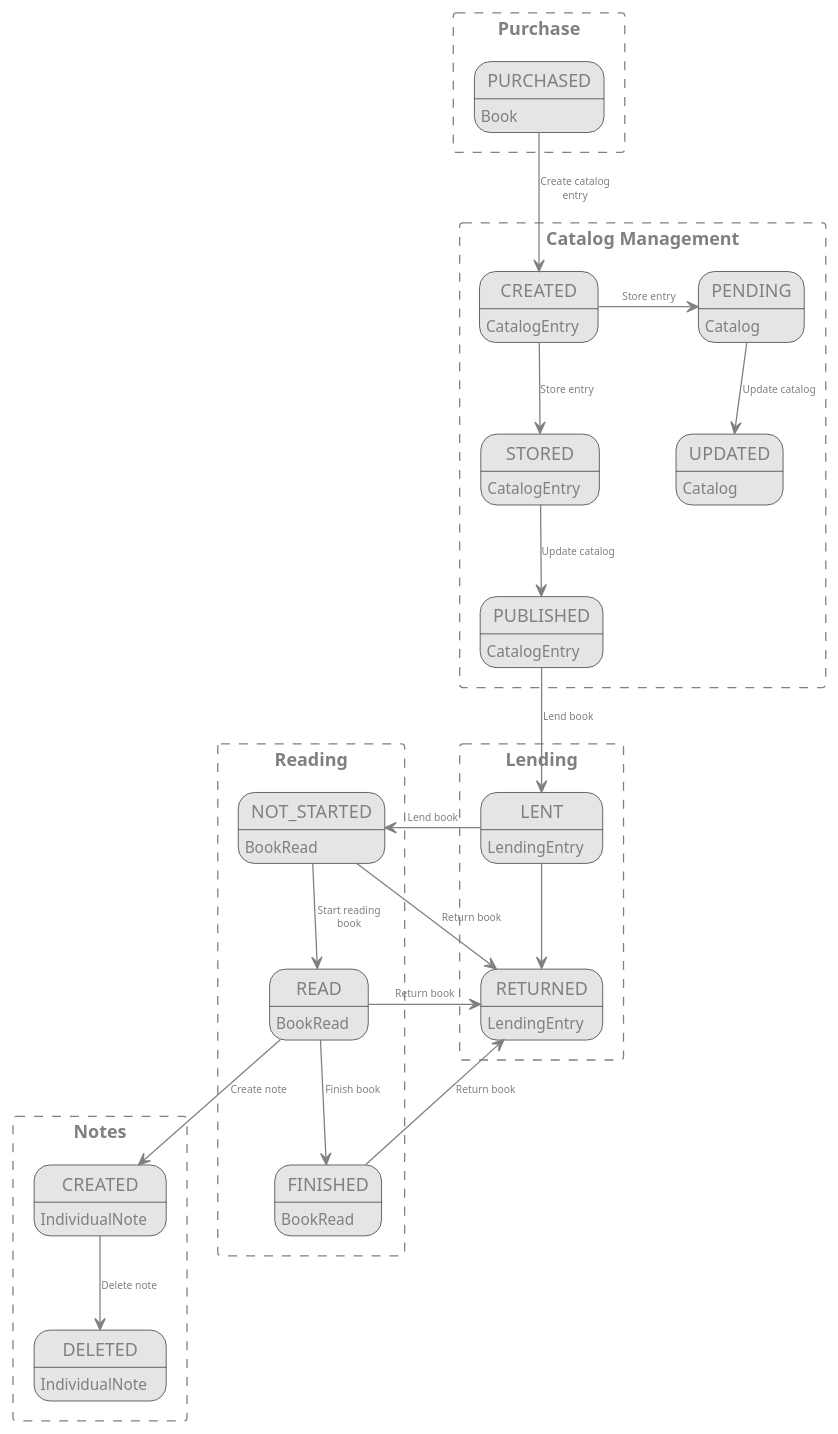
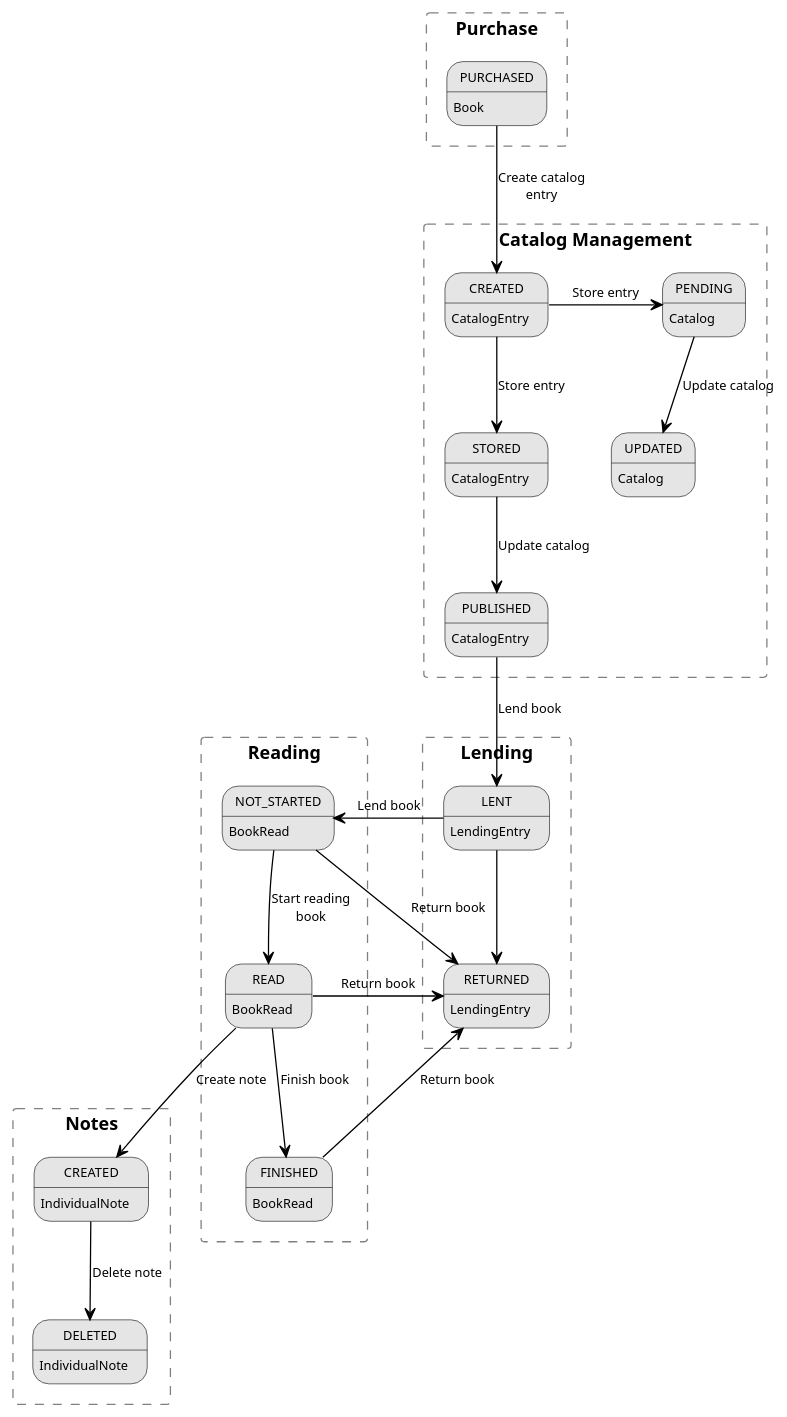
The diagram in TacticalDesign/Library/LibraryState.puml (Grinseteddy/MasteringDdd), drawn with PlantUML before and after one commit. The commit also changed 1 other file, not shown here.

```diff
--- a/TacticalDesign/Library/LibraryState.puml
+++ b/TacticalDesign/Library/LibraryState.puml
@@ -1,88 +1,89 @@
 @startuml
 'https://plantuml.com/state-diagram
 
 'skinparam linetype ortho
 'skinparam linetype polyline
 allowmixing
 
 skinparam state {
     backgroundcolor #E5e5e5
 
-    fontcolor grey
+    fontcolor black
+    fontsize 10
 }
 
 skinparam arrow {
-    fontcolor grey
-    fontsize 8
-    color grey
+    fontcolor black
+    fontsize 10
+    color black
 }
 
 skinparam rectangle {
     backgroundcolor white
     bordercolor grey
     borderstyle dashed
-    fontcolor grey
+    fontcolor black
 }
 
 rectangle Purchase {
     state "PURCHASED" as purchased
     purchased : Book
 }
 
 rectangle "Catalog Management" as catalogManagement {
     state "CREATED" as entryCreated
     state "PENDING" as pending
     pending : Catalog
     entryCreated : CatalogEntry
     state "STORED" as entryStored
     entryStored : CatalogEntry
     state "PUBLISHED" as entryPublished
     entryPublished : CatalogEntry
 
     state "UPDATED" as updated
     updated : Catalog
 }
 
 rectangle "Lending"{
     state "LENT" as lent
     lent : LendingEntry
     state "RETURNED" as returned
     returned : LendingEntry
 }
 
 rectangle "Reading" {
     state "NOT_STARTED" as notStarted
     notStarted : BookRead
     state "READ" as read
     read : BookRead
     state "FINISHED" as finished
     finished : BookRead
 }
 
 rectangle "Notes" {
     state "CREATED" as notesCreated
     notesCreated : IndividualNote
     state "DELETED" as notesDeleted
     notesDeleted : IndividualNote
 }
 
 purchased -down-> entryCreated : Create catalog\nentry
 entryCreated -down-> entryStored : Store entry
 entryCreated -> pending : Store entry
 entryStored -down-> entryPublished : Update catalog
 
 pending -down-> updated : Update catalog
 entryPublished -down-> lent : Lend book
 lent -> notStarted : Lend book
 notStarted -down-> read : Start reading\nbook
 read --> notesCreated : Create note
 read -down-> finished : Finish book
 finished -> returned : Return book
 notStarted -left->returned : Return book
 notesCreated --> notesDeleted : Delete note
 read -right-> returned : Return book
 lent -down-> returned
 
 
 
 @enduml
```
